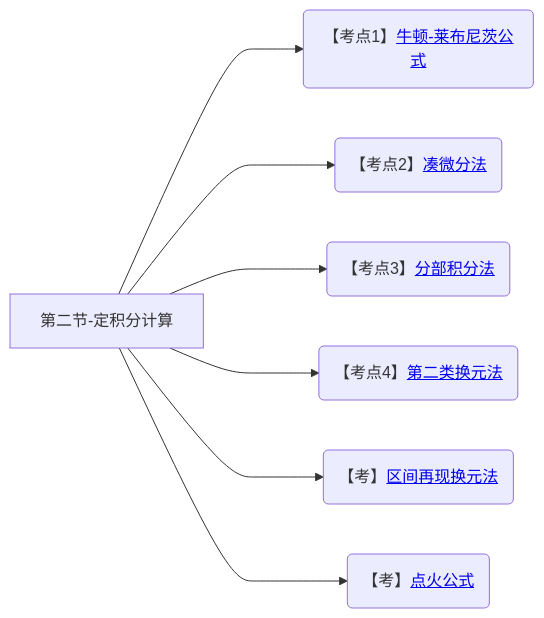
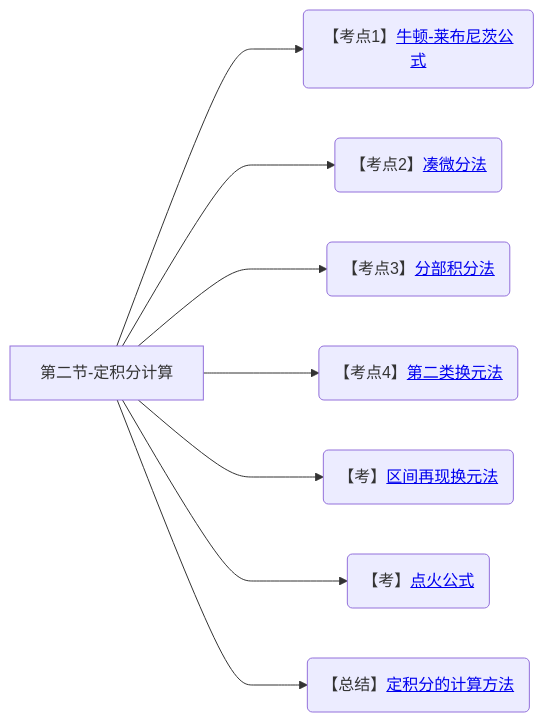
Diagram 20 of 20 in 笔记/数学/周洋鑫/01.基础班思维导图.md (yuebinghui/note), drawn with Mermaid before and after one commit. The commit also changed 4 other files, not shown here.

````diff
--- a/笔记/数学/周洋鑫/01.基础班思维导图.md
+++ b/笔记/数学/周洋鑫/01.基础班思维导图.md
@@ -757,13 +757,14 @@
 ```mermaid
 graph LR
 第二节-定积分计算
 
 第二节-定积分计算--->牛顿-莱布尼茨公式(【考点1】<a href="/Users/yuebinghui/Documents/program/github/note/笔记/数学/周洋鑫/基础班/23.定积分的计算.md#牛顿-莱布尼茨公式">牛顿-莱布尼茨公式</>)
 第二节-定积分计算--->凑微分法(【考点2】<a href="/Users/yuebinghui/Documents/program/github/note/笔记/数学/周洋鑫/基础班/23.定积分的计算.md#凑微分法">凑微分法</>)
 第二节-定积分计算--->分部积分法(【考点3】<a href="/Users/yuebinghui/Documents/program/github/note/笔记/数学/周洋鑫/基础班/23.定积分的计算.md#分部积分法">分部积分法</>)
 第二节-定积分计算--->第二类换元法(【考点4】<a href="/Users/yuebinghui/Documents/program/github/note/笔记/数学/周洋鑫/基础班/23.定积分的计算.md#第二类换元法">第二类换元法</>)
 第二节-定积分计算--->区间再现换元法(【考】<a href="/Users/yuebinghui/Documents/program/github/note/笔记/数学/周洋鑫/基础班/23.定积分的计算.md#区间再现换元法">区间再现换元法</>)
- 第二节-定积分计算--->点火公式(【考】<a href="/Users/yuebinghui/Documents/program/github/note/笔记/数学/周洋鑫/基础班/23.定积分的计算.md#点火公式">点火公式</>)
+第二节-定积分计算--->点火公式(【考】<a href="/Users/yuebinghui/Documents/program/github/note/笔记/数学/周洋鑫/基础班/23.定积分的计算.md#点火公式">点火公式</>)
+第二节-定积分计算--->定积分的计算方法(【总结】<a href="/Users/yuebinghui/Documents/program/github/note/笔记/数学/周洋鑫/基础班/23.定积分的计算.md#定积分的计算方法">定积分的计算方法</>)
 
 
 ```
````
